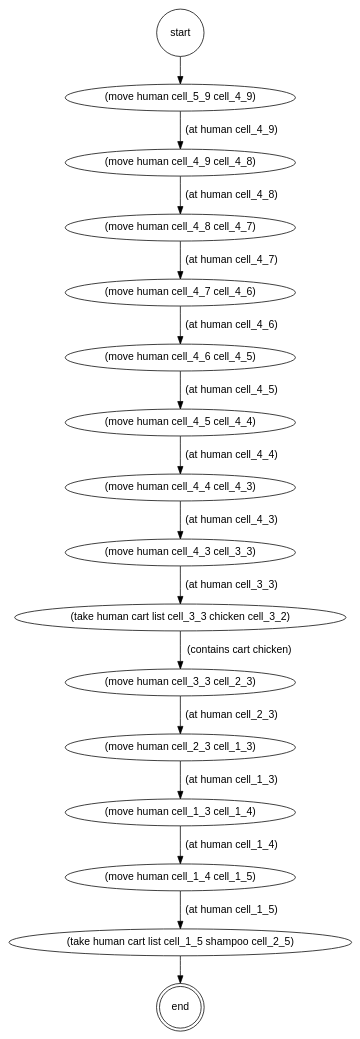
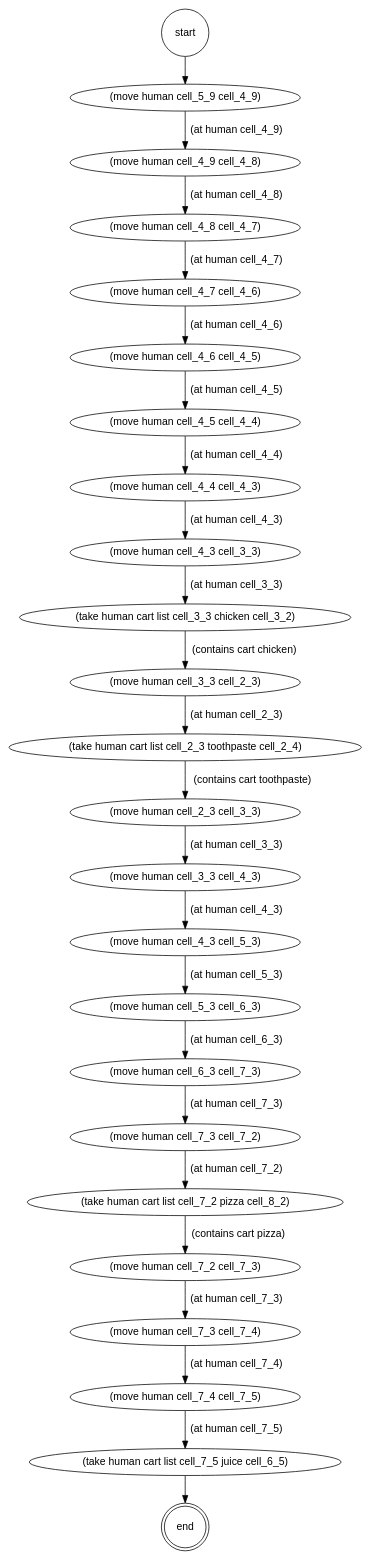
The diagram in playground/pddl/temp/supermarket_problem.tred.gv (francescotss/PepperMart), drawn with Graphviz before and after one commit. The commit also changed 12 other files, not shown here.

```diff
--- a/playground/pddl/temp/supermarket_problem.tred.gv
+++ b/playground/pddl/temp/supermarket_problem.tred.gv
@@ -1,29 +1,37 @@
 strict digraph "" {
 	graph [fontname=helvetica];
 	node [fontname=helvetica,
 		label="\N",
 		shape=ellipse
 	];
 	edge [fontname=helvetica];
 	"(end)"	 [label=end,
 		peripheries=2,
 		shape=circle];
-	"(take human cart list cell_1_5 shampoo cell_2_5)" -> "(end)";
-	"(move human cell_1_4 cell_1_5)" -> "(take human cart list cell_1_5 shampoo cell_2_5)"	 [label="(at human cell_1_5)"];
-	"(move human cell_1_3 cell_1_4)" -> "(move human cell_1_4 cell_1_5)"	 [label="(at human cell_1_4)"];
-	"(move human cell_2_3 cell_1_3)" -> "(move human cell_1_3 cell_1_4)"	 [label="(at human cell_1_3)"];
-	"(move human cell_3_3 cell_2_3)" -> "(move human cell_2_3 cell_1_3)"	 [label="(at human cell_2_3)"];
+	"(take human cart list cell_7_5 juice cell_6_5)" -> "(end)";
+	"(move human cell_7_4 cell_7_5)" -> "(take human cart list cell_7_5 juice cell_6_5)"	 [label="(at human cell_7_5)"];
+	"(move human cell_7_3 cell_7_4)" -> "(move human cell_7_4 cell_7_5)"	 [label="(at human cell_7_4)"];
+	"(move human cell_7_2 cell_7_3)" -> "(move human cell_7_3 cell_7_4)"	 [label="(at human cell_7_3)"];
+	"(take human cart list cell_7_2 pizza cell_8_2)" -> "(move human cell_7_2 cell_7_3)"	 [label="(contains cart pizza)"];
+	"(move human cell_7_3 cell_7_2)" -> "(take human cart list cell_7_2 pizza cell_8_2)"	 [label="(at human cell_7_2)"];
+	"(move human cell_6_3 cell_7_3)" -> "(move human cell_7_3 cell_7_2)"	 [label="(at human cell_7_3)"];
+	"(move human cell_5_3 cell_6_3)" -> "(move human cell_6_3 cell_7_3)"	 [label="(at human cell_6_3)"];
+	"(move human cell_4_3 cell_5_3)" -> "(move human cell_5_3 cell_6_3)"	 [label="(at human cell_5_3)"];
+	"(move human cell_3_3 cell_4_3)" -> "(move human cell_4_3 cell_5_3)"	 [label="(at human cell_4_3)"];
+	"(move human cell_2_3 cell_3_3)" -> "(move human cell_3_3 cell_4_3)"	 [label="(at human cell_3_3)"];
+	"(take human cart list cell_2_3 toothpaste cell_2_4)" -> "(move human cell_2_3 cell_3_3)"	 [label="(contains cart toothpaste)"];
+	"(move human cell_3_3 cell_2_3)" -> "(take human cart list cell_2_3 toothpaste cell_2_4)"	 [label="(at human cell_2_3)"];
 	"(take human cart list cell_3_3 chicken cell_3_2)" -> "(move human cell_3_3 cell_2_3)"	 [label="(contains cart chicken)"];
 	"(move human cell_4_3 cell_3_3)" -> "(take human cart list cell_3_3 chicken cell_3_2)"	 [label="(at human cell_3_3)"];
 	"(move human cell_4_4 cell_4_3)" -> "(move human cell_4_3 cell_3_3)"	 [label="(at human cell_4_3)"];
 	"(move human cell_4_5 cell_4_4)" -> "(move human cell_4_4 cell_4_3)"	 [label="(at human cell_4_4)"];
 	"(move human cell_4_6 cell_4_5)" -> "(move human cell_4_5 cell_4_4)"	 [label="(at human cell_4_5)"];
 	"(move human cell_4_7 cell_4_6)" -> "(move human cell_4_6 cell_4_5)"	 [label="(at human cell_4_6)"];
 	"(move human cell_4_8 cell_4_7)" -> "(move human cell_4_7 cell_4_6)"	 [label="(at human cell_4_7)"];
 	"(move human cell_4_9 cell_4_8)" -> "(move human cell_4_8 cell_4_7)"	 [label="(at human cell_4_8)"];
 	"(move human cell_5_9 cell_4_9)" -> "(move human cell_4_9 cell_4_8)"	 [label="(at human cell_4_9)"];
 	"(start)"	 [label=start,
 		peripheries=1,
 		shape=circle];
 	"(start)" -> "(move human cell_5_9 cell_4_9)";
 }
```
